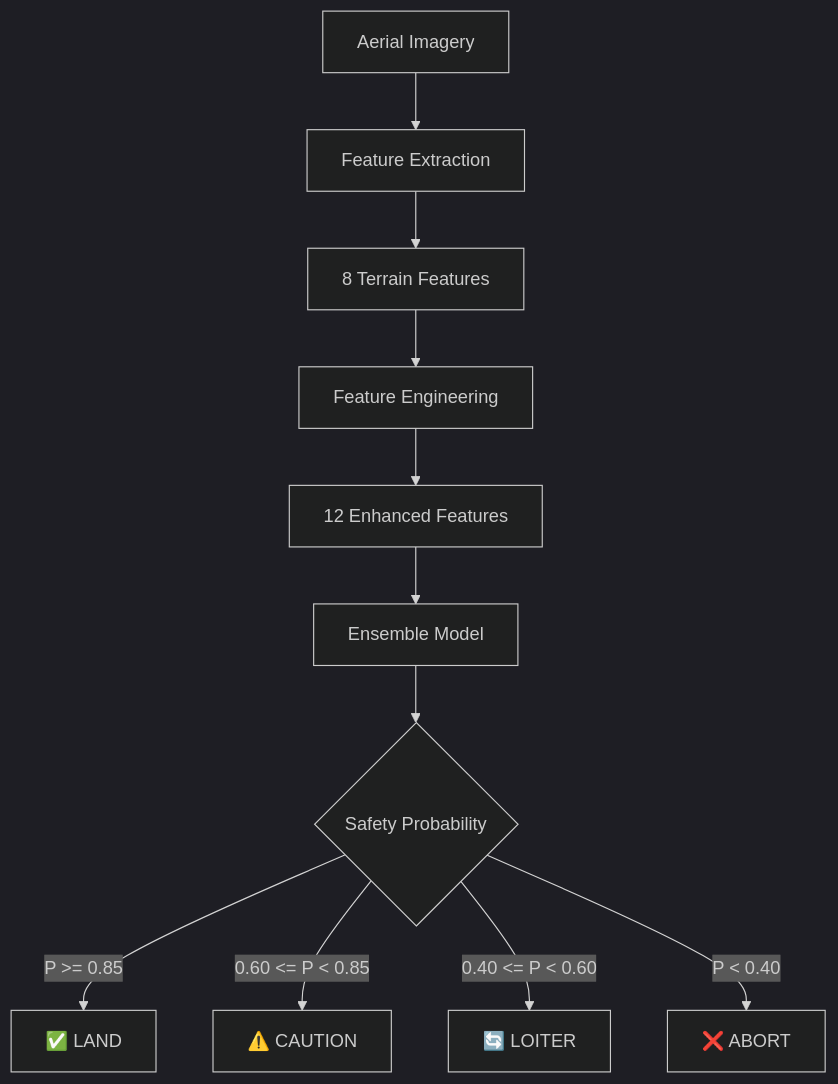
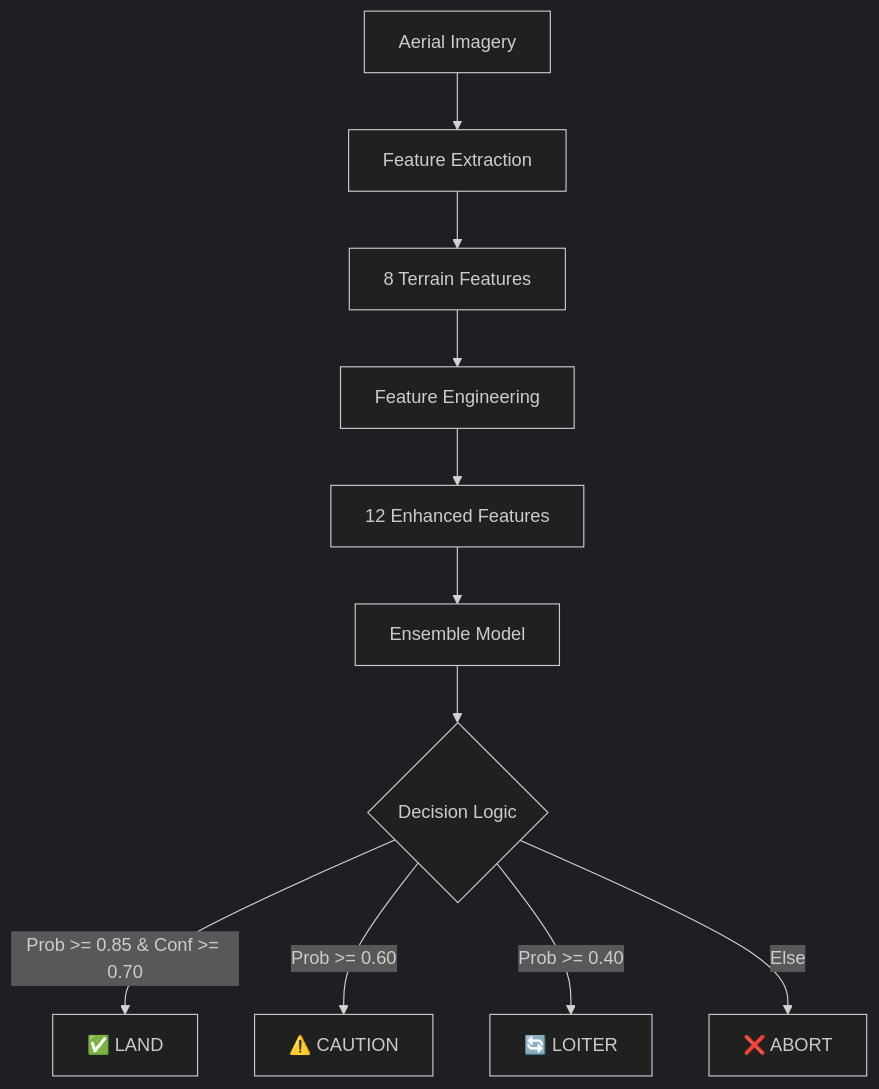
Before and after one commit to AvirupRoy2195/AI-Based-Landing-Zone-Safety: the first of 2 diagrams in ARCHITECTURE.md, drawn with Mermaid (dark theme). The commit also changed 4 other files, not shown here.

Commit message:
Finalize project: enhance notebook analysis, update readme/architecture, clean up scripts

````diff
--- a/ARCHITECTURE.md
+++ b/ARCHITECTURE.md
@@ -5,13 +5,13 @@
 ```mermaid
 flowchart TD
     A[Aerial Imagery] --> B[Feature Extraction]
     B --> C[8 Terrain Features]
     C --> D[Feature Engineering]
     D --> E[12 Enhanced Features]
     E --> F[Ensemble Model]
-    F --> G{Safety Probability}
-    G -->|P >= 0.85| H[✅ LAND]
-    G -->|0.60 <= P < 0.85| I[⚠️ CAUTION]
-    G -->|0.40 <= P < 0.60| J[🔄 LOITER]
-    G -->|P < 0.40| K[❌ ABORT]
+    F --> G{Decision Logic}
+    G -->|Prob >= 0.85 & Conf >= 0.70| H[✅ LAND]
+    G -->|Prob >= 0.60| I[⚠️ CAUTION]
+    G -->|Prob >= 0.40| J[🔄 LOITER]
+    G -->|Else| K[❌ ABORT]
 ```
````
